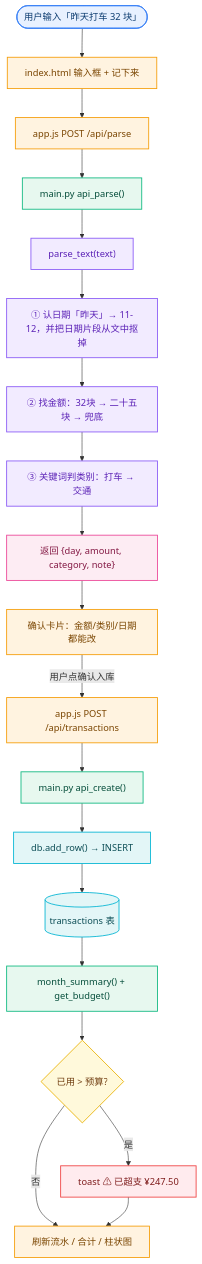
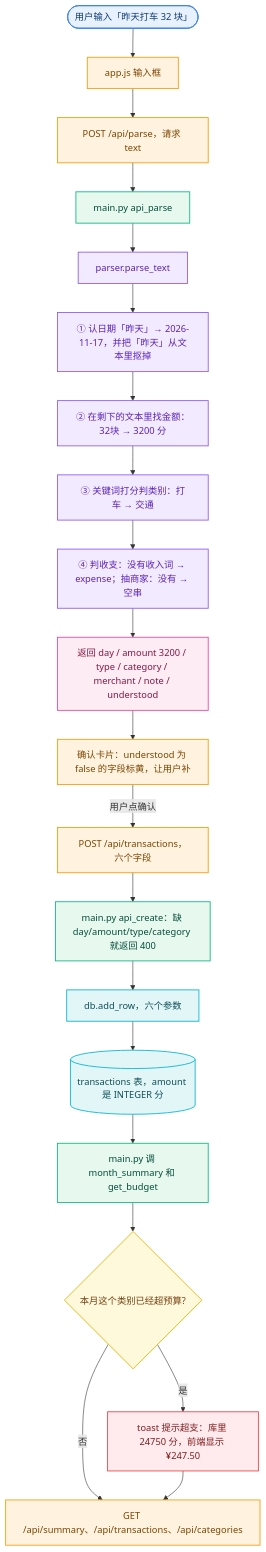
One commit to me648648648/money-trace-ai changed the first of 2 diagrams in docs/流程图.md. Above: the diagram before and after it, drawn with Mermaid. The commit also changed other lines of this file and 3 other files, not shown here.

Commit message:
加 v1 废弃声明、流程图更新到 v2、新增 B/C 返工单

````diff
--- a/docs/流程图.md
+++ b/docs/流程图.md
@@ -7,32 +13,33 @@
 ```mermaid
 %% 配色约定：一个颜色代表一层，读图先看颜色就知道卡在哪一层
 %% 蓝=入口  橙=前端  绿=后端路由  紫=解析  粉=返回给前端的东西  青=数据  黄=判断  红=告警
 flowchart TD
-  U(["用户输入「昨天打车 32 块」"]):::entry --> A1["index.html 输入框 + 记下来"]:::front
-  A1 --> A2["app.js POST /api/parse"]:::front
-  A2 --> R1["main.py api_parse()"]:::api
-  R1 --> P1["parse_text(text)"]:::parse
-  P1 --> P2["① 认日期「昨天」→ 11-12，并把日期片段从文中抠掉"]:::parse
-  P2 --> P3["② 找金额：32块 → 二十五块 → 兜底"]:::parse
-  P3 --> P4["③ 关键词判类别：打车 → 交通"]:::parse
-  P4 --> OUT["返回 {day, amount, category, note}"]:::out
-  OUT --> A3["确认卡片：金额/类别/日期都能改"]:::front
-  A3 -->|用户点确认入库| A4["app.js POST /api/transactions"]:::front
-  A4 --> R2["main.py api_create()"]:::api
-  R2 --> D1["db.add_row() → INSERT"]:::data
-  D1 --> D2[("transactions 表")]:::data
-  D2 --> D3["month_summary() + get_budget()"]:::api
-  D3 --> W{"已用 > 预算?"}:::decision
-  W -->|是| A5["toast ⚠ 已超支 ¥247.50"]:::warn
-  W -->|否| A6["刷新流水 / 合计 / 柱状图"]:::front
+  U(["用户输入「昨天打车 32 块」"]):::entry --> A1["app.js 输入框"]:::front
+  A1 --> A2["POST /api/parse，请求 text"]:::front
+  A2 --> R1["main.py api_parse"]:::api
+  R1 --> P1["parser.parse_text"]:::parse
+  P1 --> P2["① 认日期「昨天」→ 2026-11-17，并把「昨天」从文本里抠掉"]:::parse
+  P2 --> P3["② 在剩下的文本里找金额：32块 → 3200 分"]:::parse
+  P3 --> P4["③ 关键词打分判类别：打车 → 交通"]:::parse
+  P4 --> P5["④ 判收支：没有收入词 → expense；抽商家：没有 → 空串"]:::parse
+  P5 --> OUT["返回 day / amount 3200 / type / category / merchant / note / understood"]:::out
+  OUT --> A3["确认卡片：understood 为 false 的字段标黄，让用户补"]:::front
+  A3 -->|用户点确认| A4["POST /api/transactions，六个字段"]:::front
+  A4 --> R2["main.py api_create：缺 day/amount/type/category 就返回 400"]:::api
+  R2 --> D1["db.add_row，六个参数"]:::data
+  D1 --> D2[("transactions 表，amount 是 INTEGER 分")]:::data
+  D2 --> D3["main.py 调 month_summary 和 get_budget"]:::api
+  D3 --> W{"本月这个类别已经超预算?"}:::decision
+  W -->|是| A5["toast 提示超支：库里 24750 分，前端显示 ¥247.50"]:::warn
+  W -->|否| A6["GET /api/summary、/api/transactions、/api/categories"]:::front
   A5 --> A6
 
   classDef entry fill:#E8F1FF,stroke:#3B82F6,stroke-width:1.5px,color:#0B3B6F
   classDef front fill:#FFF3E0,stroke:#F59E0B,stroke-width:1.5px,color:#7A4500
   classDef api fill:#E7F8EF,stroke:#10B981,stroke-width:1.5px,color:#064E3B
   classDef parse fill:#F2EBFF,stroke:#8B5CF6,stroke-width:1.5px,color:#5B21B6
   classDef out fill:#FDECF3,stroke:#EC4899,stroke-width:1.5px,color:#831843
   classDef data fill:#E3F6F7,stroke:#06B6D4,stroke-width:1.5px,color:#0E4F57
   classDef decision fill:#FFF9DB,stroke:#EAB308,stroke-width:1.5px,color:#713F12
   classDef warn fill:#FFEBEE,stroke:#EF4444,stroke-width:1.5px,color:#7F1D1D
 ```
````
